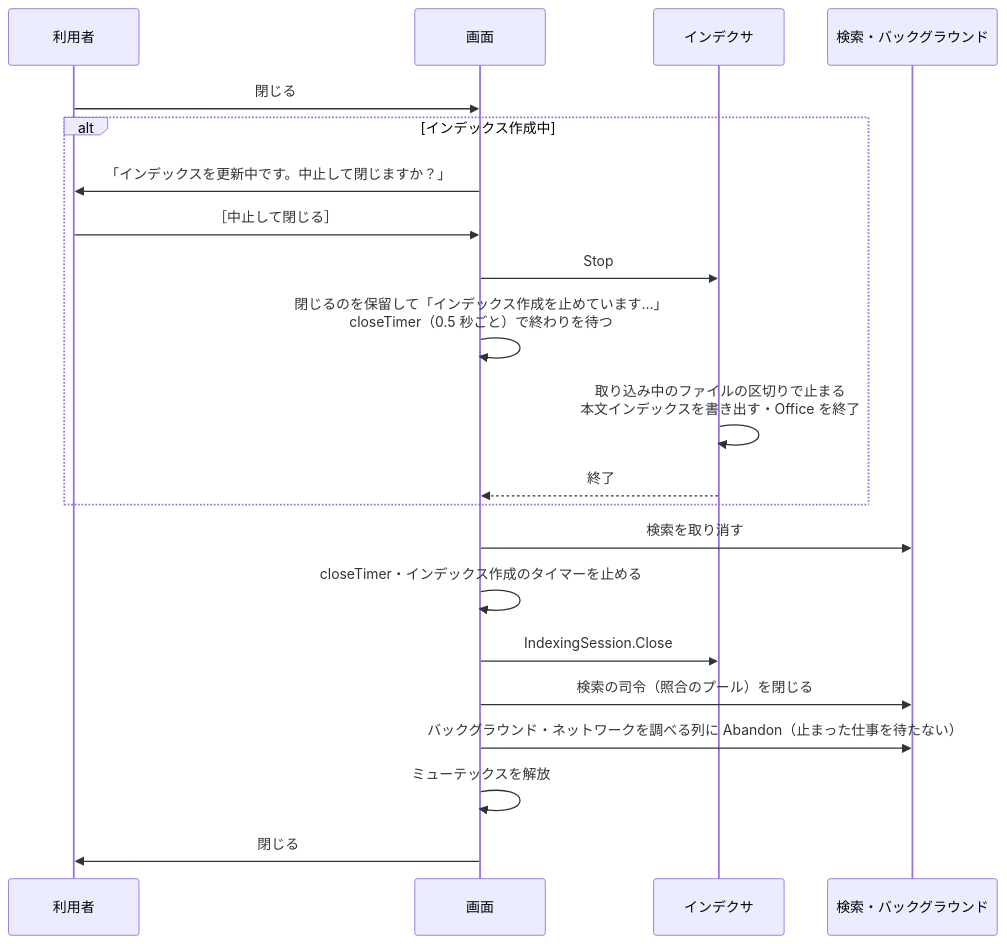
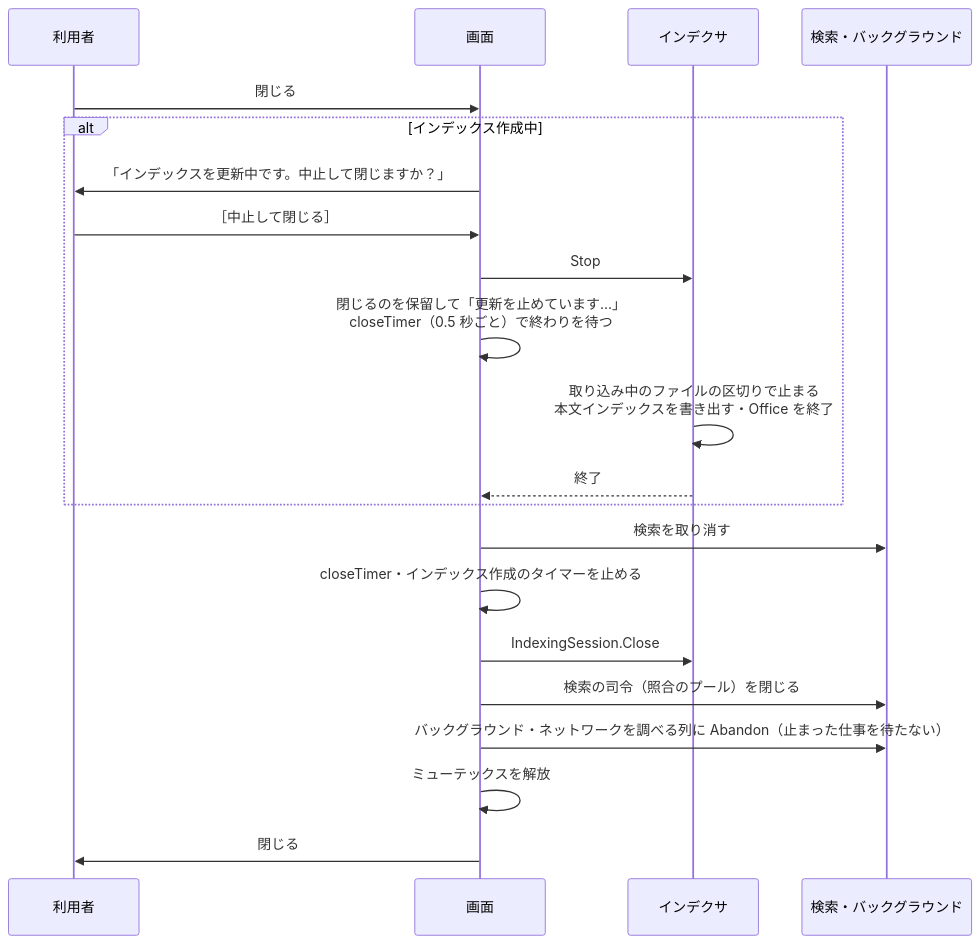
One commit to hsgwa/tebunko changed the diagram in docs/design/structure/closing.md. Above: the diagram before and after it, drawn with Mermaid. The commit also changed 5 other files, not shown here.

First line of the commit message:
docs: 閉じるときの画面の文言を「更新を止めています…」「中止して閉じる」にそろえ、about・close-confirm の写真を撮り直す

````diff
--- a/docs/design/structure/closing.md
+++ b/docs/design/structure/closing.md
@@ -7,23 +7,23 @@
 ```mermaid
 sequenceDiagram
     participant U as 利用者
     participant G as 画面
     participant I as インデクサ
     participant S as 検索・バックグラウンド
     U->>G: 閉じる
     alt インデックス作成中
         G->>U: 「インデックスを更新中です。中止して閉じますか？」
         U->>G: ［中止して閉じる］
         G->>I: Stop
-        G->>G: 閉じるのを保留して「インデックス作成を止めています…」<br>closeTimer（0.5 秒ごと）で終わりを待つ
+        G->>G: 閉じるのを保留して「更新を止めています…」<br>closeTimer（0.5 秒ごと）で終わりを待つ
         I->>I: 取り込み中のファイルの区切りで止まる<br>本文インデックスを書き出す・Office を終了
         I-->>G: 終了
     end
     G->>S: 検索を取り消す
     G->>G: closeTimer・インデックス作成のタイマーを止める
     G->>I: IndexingSession.Close
     G->>S: 検索の司令（照合のプール）を閉じる
     G->>S: バックグラウンド・ネットワークを調べる列に Abandon（止まった仕事を待たない）
     G->>G: ミューテックスを解放
     G->>U: 閉じる
 ```
````
